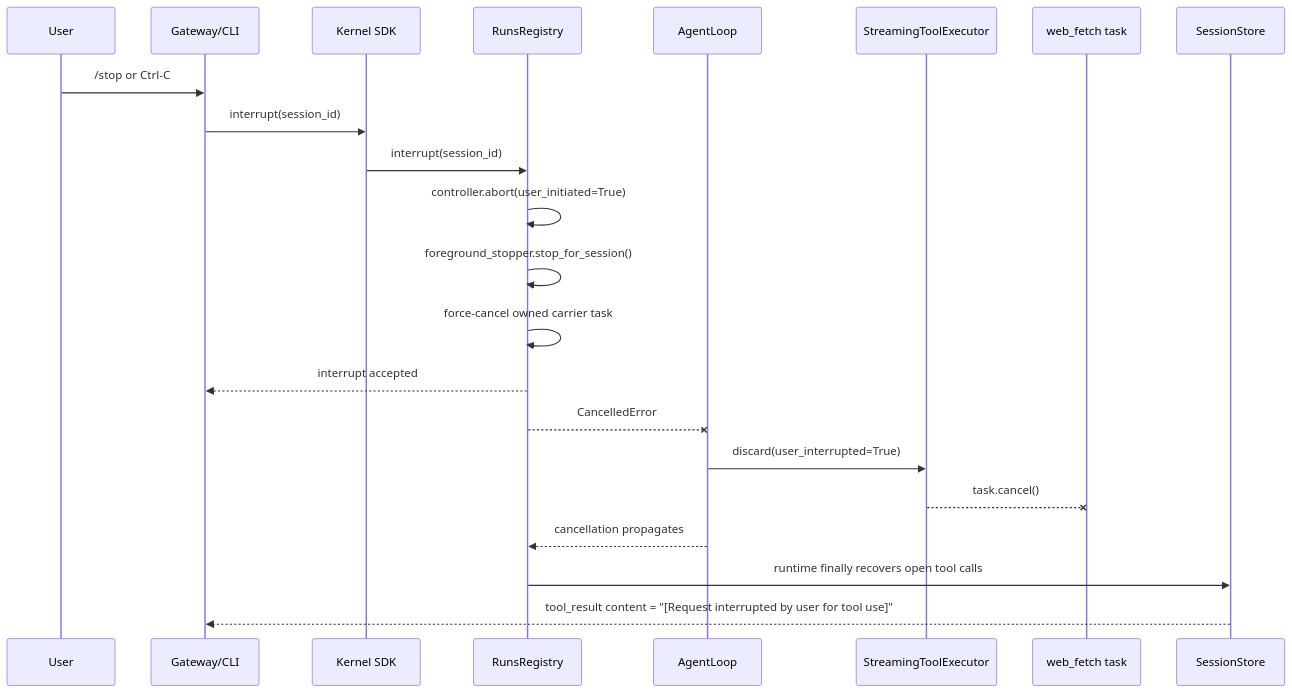
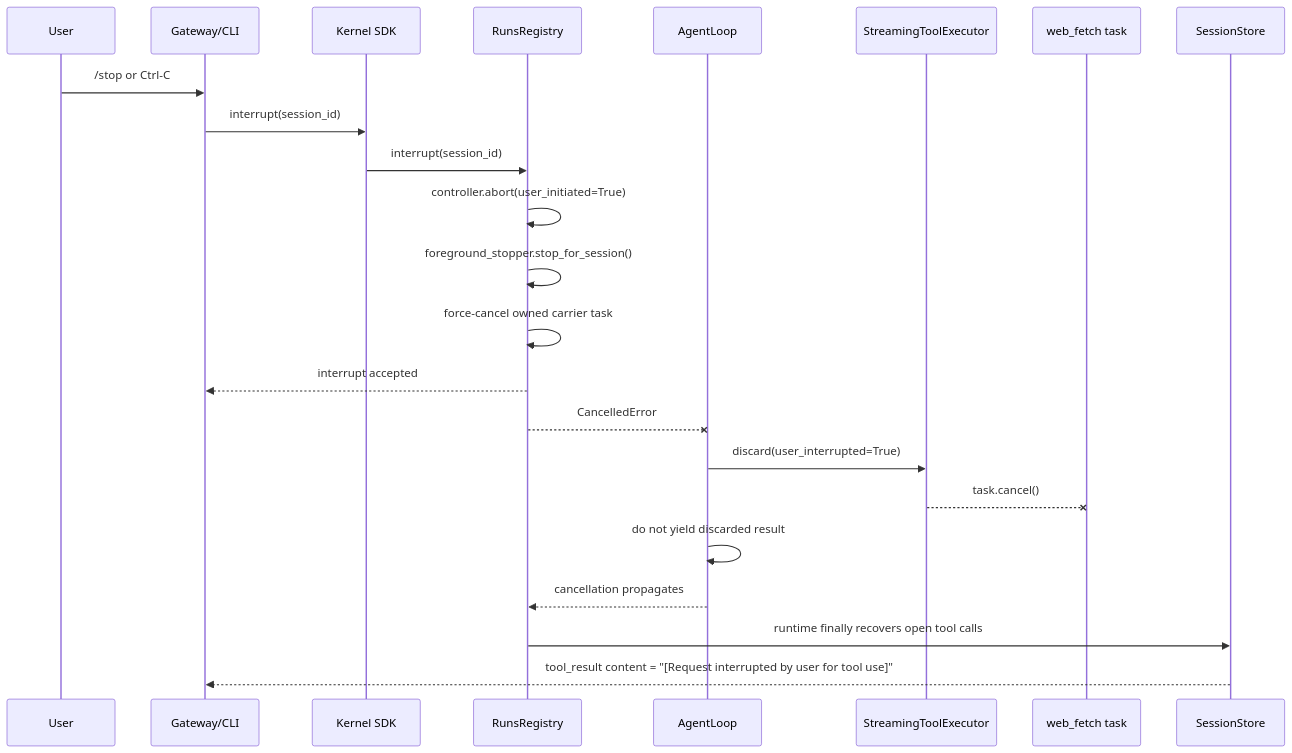
The second of 3 diagrams in docs/changes/bugfix-448-web-fetch-cancel/design.md (Mrchen116/nano-multiagent), drawn with Mermaid before and after one commit. The commit also changed other lines of this file and 1 other file, not shown here.

````diff
--- a/docs/changes/bugfix-448-web-fetch-cancel/design.md
+++ b/docs/changes/bugfix-448-web-fetch-cancel/design.md
@@ -177,25 +199,26 @@
 ```mermaid
 sequenceDiagram
     participant U as User
     participant P as Gateway/CLI
     participant K as Kernel SDK
     participant R as RunsRegistry
     participant L as AgentLoop
     participant E as StreamingToolExecutor
     participant T as web_fetch task
     participant S as SessionStore
 
     U->>P: /stop or Ctrl-C
     P->>K: interrupt(session_id)
     K->>R: interrupt(session_id)
     R->>R: controller.abort(user_initiated=True)
     R->>R: foreground_stopper.stop_for_session()
     R->>R: force-cancel owned carrier task
     R-->>P: interrupt accepted
     R--xL: CancelledError
     L->>E: discard(user_interrupted=True)
     E--xT: task.cancel()
+    L->>L: do not yield discarded result
     L-->>R: cancellation propagates
     R->>S: runtime finally recovers open tool calls
     S-->>P: tool_result content = "[Request interrupted by user for tool use]"
 ```
````
